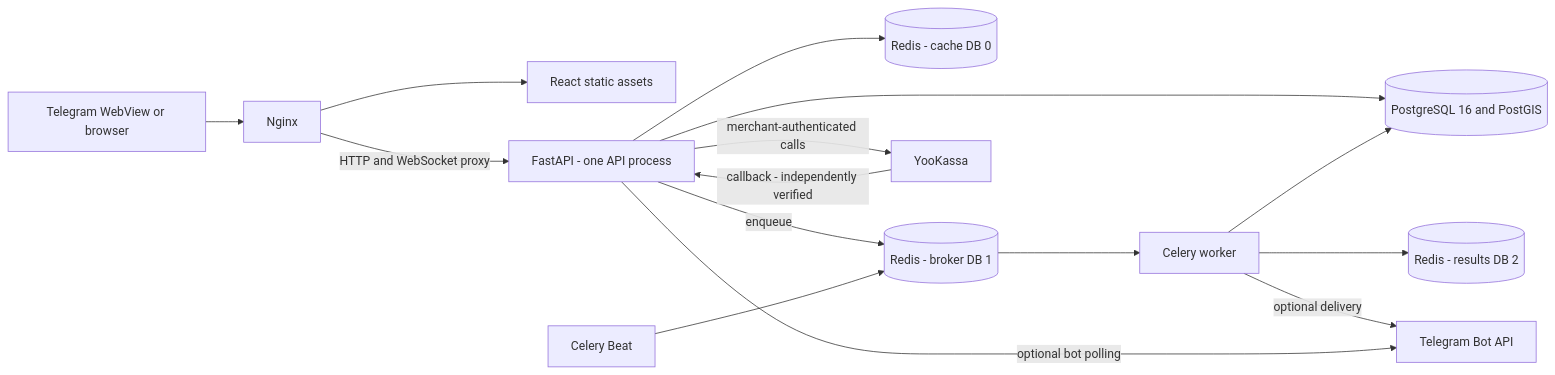
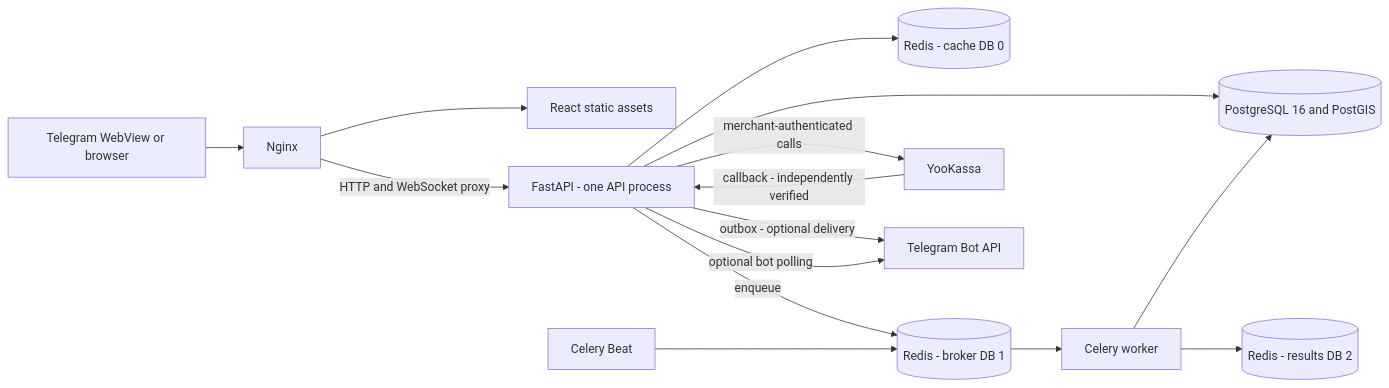
The first of 4 diagrams in docs/architecture.md (br1maks/EcoHaul), drawn with Mermaid before and after one commit. The commit also changed other lines of this file and 44 other files, not shown here.

````diff
--- a/docs/architecture.md
+++ b/docs/architecture.md
@@ -20,17 +20,17 @@
 ```mermaid
 flowchart LR
     Browser[Telegram WebView or browser] --> Nginx[Nginx]
     Nginx --> SPA[React static assets]
     Nginx -->|HTTP and WebSocket proxy| API[FastAPI - one API process]
     API --> DB[(PostgreSQL 16 and PostGIS)]
     API --> Cache[(Redis - cache DB 0)]
     API -->|enqueue| Broker[(Redis - broker DB 1)]
     API -->|merchant-authenticated calls| Provider[YooKassa]
     Provider -->|callback - independently verified| API
     Beat[Celery Beat] --> Broker
     Broker --> Worker[Celery worker]
     Worker --> DB
     Worker --> Results[(Redis - results DB 2)]
-    Worker -->|optional delivery| Telegram[Telegram Bot API]
+    API -->|outbox - optional delivery| Telegram[Telegram Bot API]
     API -->|optional bot polling| Telegram
 ```
````
